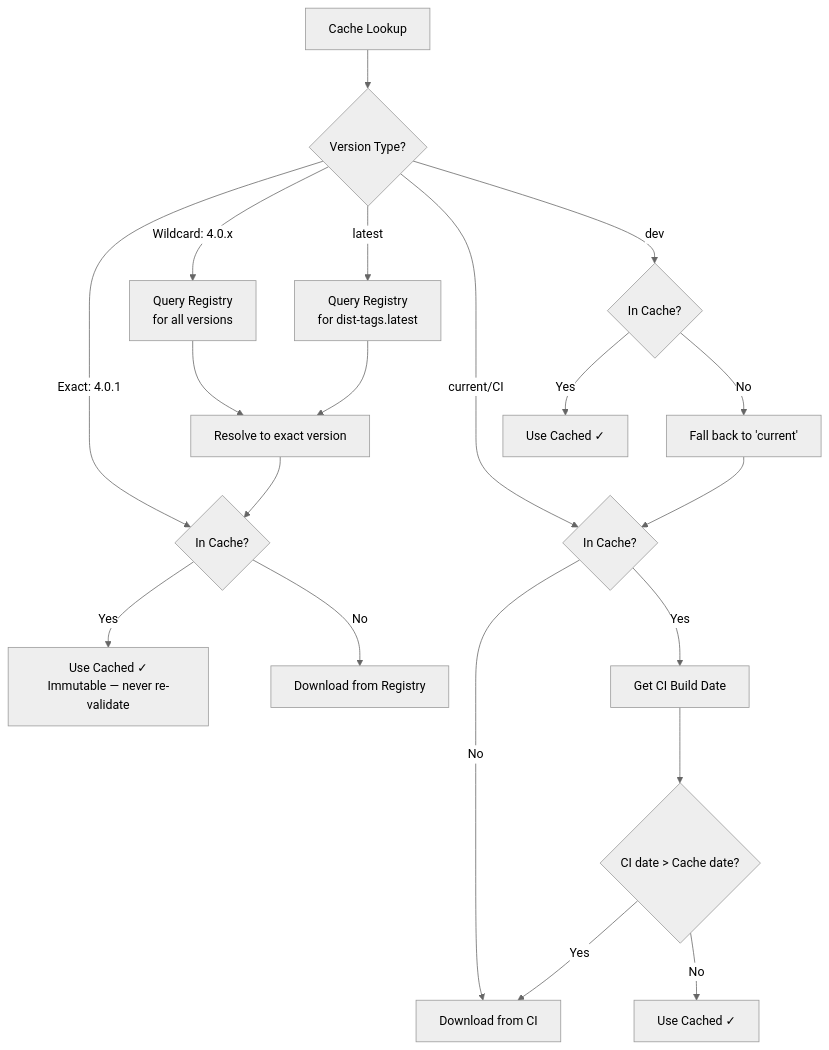
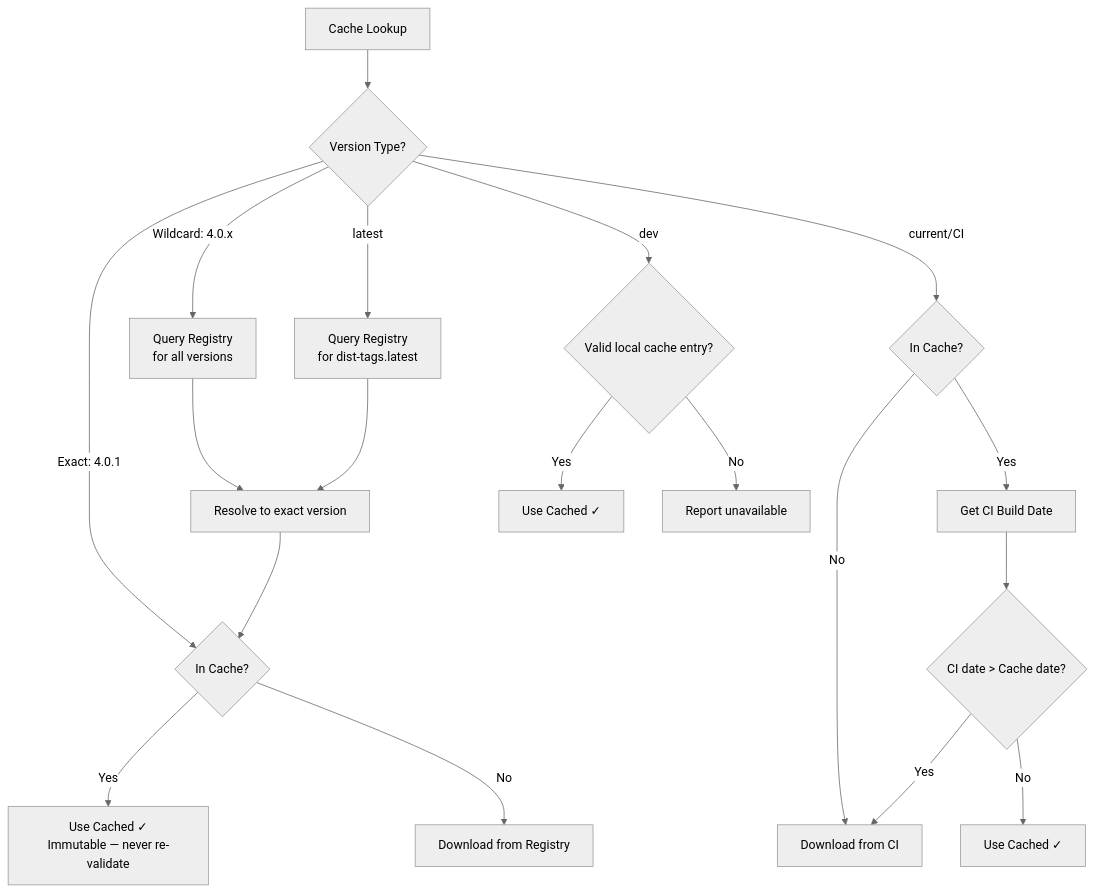
The first of 2 diagrams in reference/caching.md (GinoCanessa/dotnet-fhir-packages), drawn with Mermaid (neutral theme) before and after one commit. The commit also changed other lines of this file and 36 other files, not shown here.

````diff
--- a/reference/caching.md
+++ b/reference/caching.md
@@ -99,22 +113,21 @@
 ```mermaid
 flowchart TD
     A[Cache Lookup] --> B{Version Type?}
     B -->|Exact: 4.0.1| C{In Cache?}
     C -->|Yes| D[Use Cached ✓<br/>Immutable — never re-validate]
     C -->|No| E[Download from Registry]
     B -->|Wildcard: 4.0.x| F[Query Registry<br/>for all versions]
     F --> G[Resolve to exact version]
     G --> C
     B -->|latest| H[Query Registry<br/>for dist-tags.latest]
     H --> G
     B -->|current/CI| I{In Cache?}
     I -->|No| J[Download from CI]
     I -->|Yes| K[Get CI Build Date]
     K --> L{CI date > Cache date?}
     L -->|Yes| J
     L -->|No| M[Use Cached ✓]
-    B -->|dev| N{In Cache?}
+    B -->|dev| N{Valid local cache entry?}
     N -->|Yes| O[Use Cached ✓]
-    N -->|No| P[Fall back to 'current']
-    P --> I
+    N -->|No| P[Report unavailable]
 ```
````
